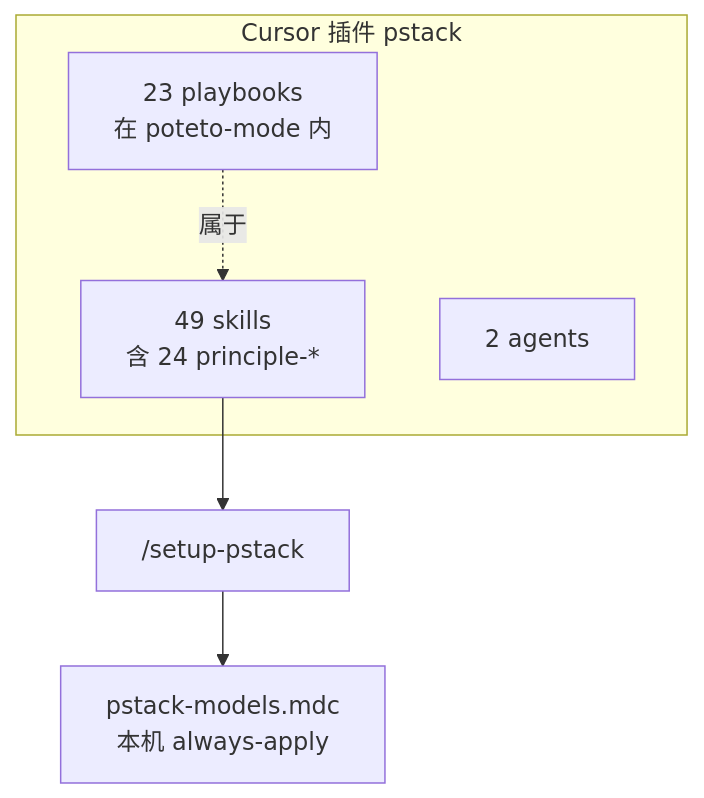
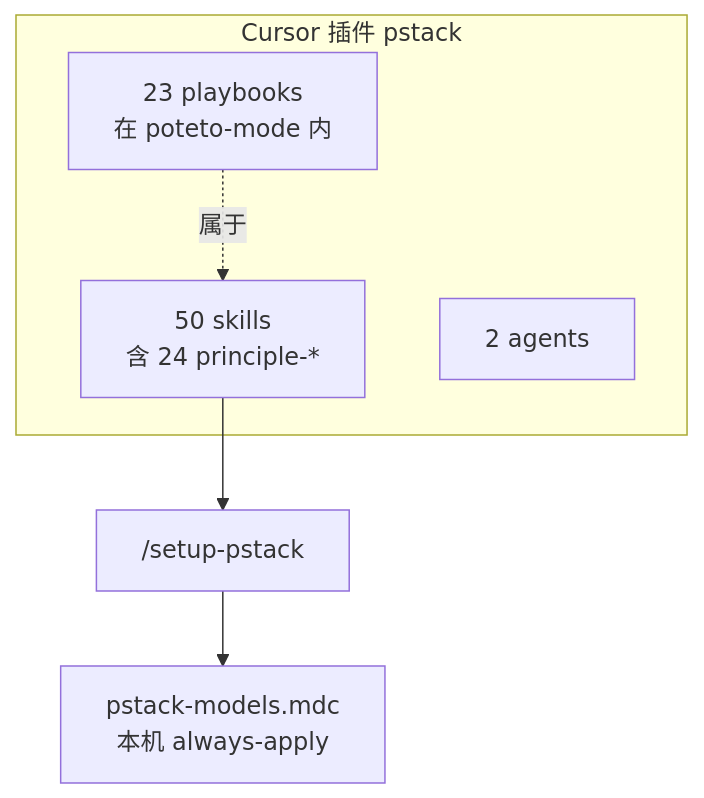
One commit to fenfenxu/pstack-zh changed the first of 3 diagrams in tutorials/anatomy.md. Above: the diagram before and after it, drawn with Mermaid. The commit also changed other lines of this file and 9 other files, not shown here.

````diff
--- a/tutorials/anatomy.md
+++ b/tutorials/anatomy.md
@@ -26,11 +30,11 @@
 ```mermaid
 flowchart TB
   subgraph plugin["Cursor 插件 pstack"]
-    S["49 skills<br/>含 24 principle-*"]
+    S["50 skills<br/>含 24 principle-*"]
     A["2 agents"]
     PB["23 playbooks<br/>在 poteto-mode 内"]
   end
   SETUP["/setup-pstack"] --> R["pstack-models.mdc<br/>本机 always-apply"]
   S --> SETUP
   PB -.->|"属于"| S
 ```
````
